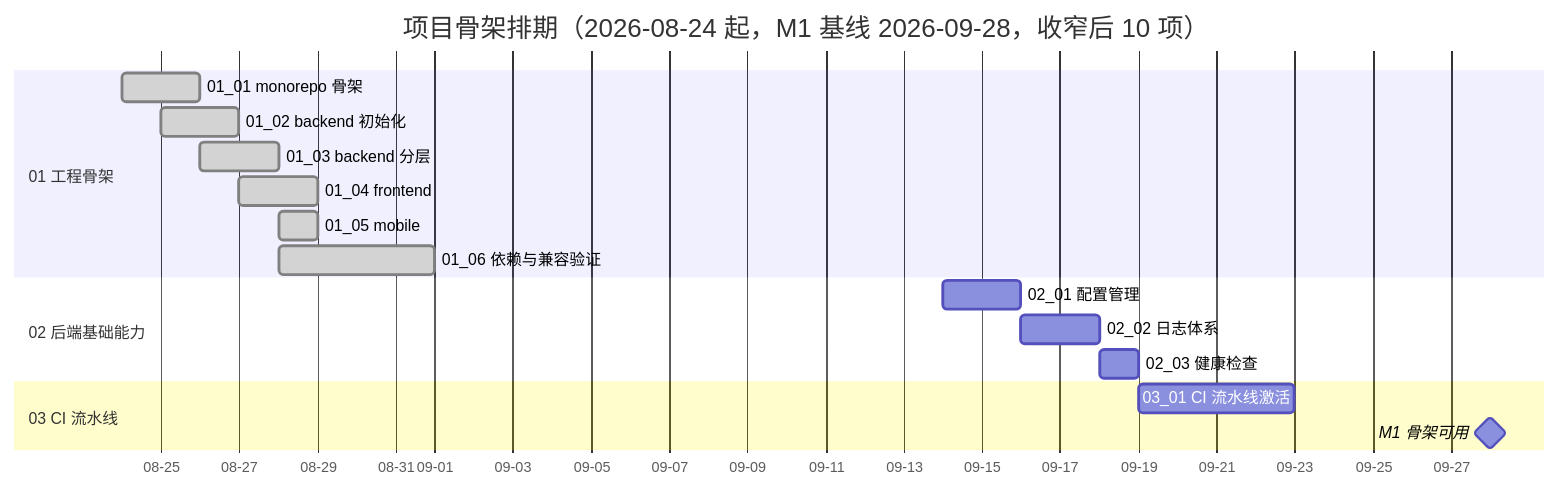
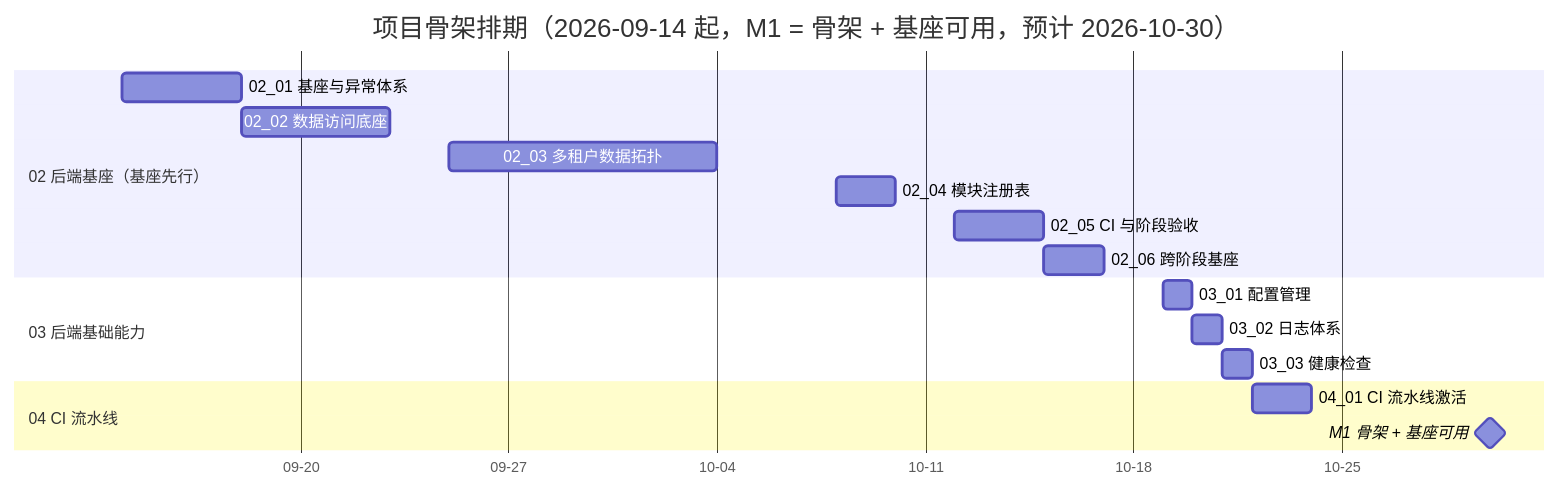
The diagram in bms文档/项目/01_项目骨架/计划/01_计划_项目骨架.md (minjian123/basic-management-system), drawn with Mermaid before and after one commit. The commit also changed other lines of this file and 78 other files, not shown here.

````diff
--- a/bms文档/项目/01_项目骨架/计划/01_计划_项目骨架.md
+++ b/bms文档/项目/01_项目骨架/计划/01_计划_项目骨架.md
@@ -42,20 +61,20 @@
 ```mermaid
 gantt
-    title 项目骨架排期（2026-08-24 起，M1 基线 2026-09-28，收窄后 10 项）
+    title 项目骨架排期（2026-09-14 起，M1 = 骨架 + 基座可用，预计 2026-10-30）
     dateFormat  YYYY-MM-DD
     axisFormat %m-%d
-    section 01 工程骨架
-    01_01 monorepo 骨架 :done, a11, 2026-08-24, 2d
-    01_02 backend 初始化 :done, a12, 2026-08-25, 2d
-    01_03 backend 分层 :done, a13, 2026-08-26, 2d
-    01_04 frontend :done, a14, 2026-08-27, 2d
-    01_05 mobile :done, a15, 2026-08-28, 1d
-    01_06 依赖与兼容验证 :done, a16, 2026-08-28, 4d
-    section 02 后端基础能力
-    02_01 配置管理 :a21, 2026-09-14, 2d
-    02_02 日志体系 :a22, 2026-09-16, 2d
-    02_03 健康检查 :a23, 2026-09-18, 1d
-    section 03 CI 流水线
-    03_01 CI 流水线激活 :a31, 2026-09-19, 4d
-    M1 骨架可用 :milestone, m1, 2026-09-28, 0d
+    section 02 后端基座（基座先行）
+    02_01 基座与异常体系   :a21, 2026-09-14, 4d
+    02_02 数据访问底座     :a22, 2026-09-18, 5d
+    02_03 多租户数据拓扑   :a23, 2026-09-25, 9d
+    02_04 模块注册表       :a24, 2026-10-08, 2d
+    02_05 CI 与阶段验收    :a25, 2026-10-12, 3d
+    02_06 跨阶段基座       :a26, 2026-10-15, 2d
+    section 03 后端基础能力
+    03_01 配置管理         :a31, 2026-10-19, 1d
+    03_02 日志体系         :a32, 2026-10-20, 1d
+    03_03 健康检查         :a33, 2026-10-21, 1d
+    section 04 CI 流水线
+    04_01 CI 流水线激活    :a41, 2026-10-22, 2d
+    M1 骨架 + 基座可用 :milestone, m1, 2026-10-30, 0d
 ```
````
